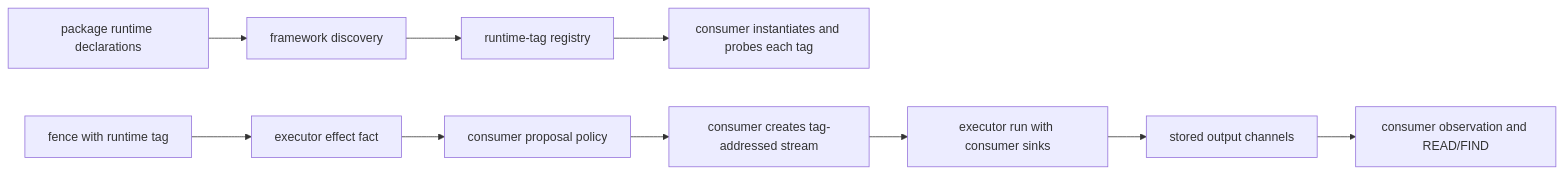
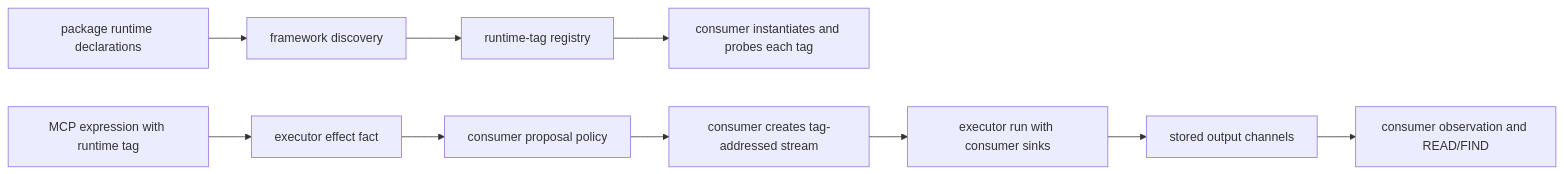
The diagram in plurnk-execs/SPEC.md (plurnk/plurnk-service), drawn with Mermaid before and after one commit. The commit also changed other lines of this file and 105 other files, not shown here.

````diff
--- a/plurnk-execs/SPEC.md
+++ b/plurnk-execs/SPEC.md
@@ -9,12 +9,12 @@
 ```mermaid
 flowchart LR
     Manifest["package runtime declarations"] --> Discover["framework discovery"]
     Discover --> Registry["runtime-tag registry"]
     Registry --> Probe["consumer instantiates and probes each tag"]
-    Request["fence with runtime tag"] --> Effect["executor effect fact"]
+    Request["MCP expression with runtime tag"] --> Effect["executor effect fact"]
     Effect --> Admission["consumer proposal policy"]
     Admission --> Stream["consumer creates tag-addressed stream"]
     Stream --> Run["executor run with consumer sinks"]
     Run --> Channels["stored output channels"]
     Channels --> Packet["consumer observation and READ/FIND"]
 ```
````
